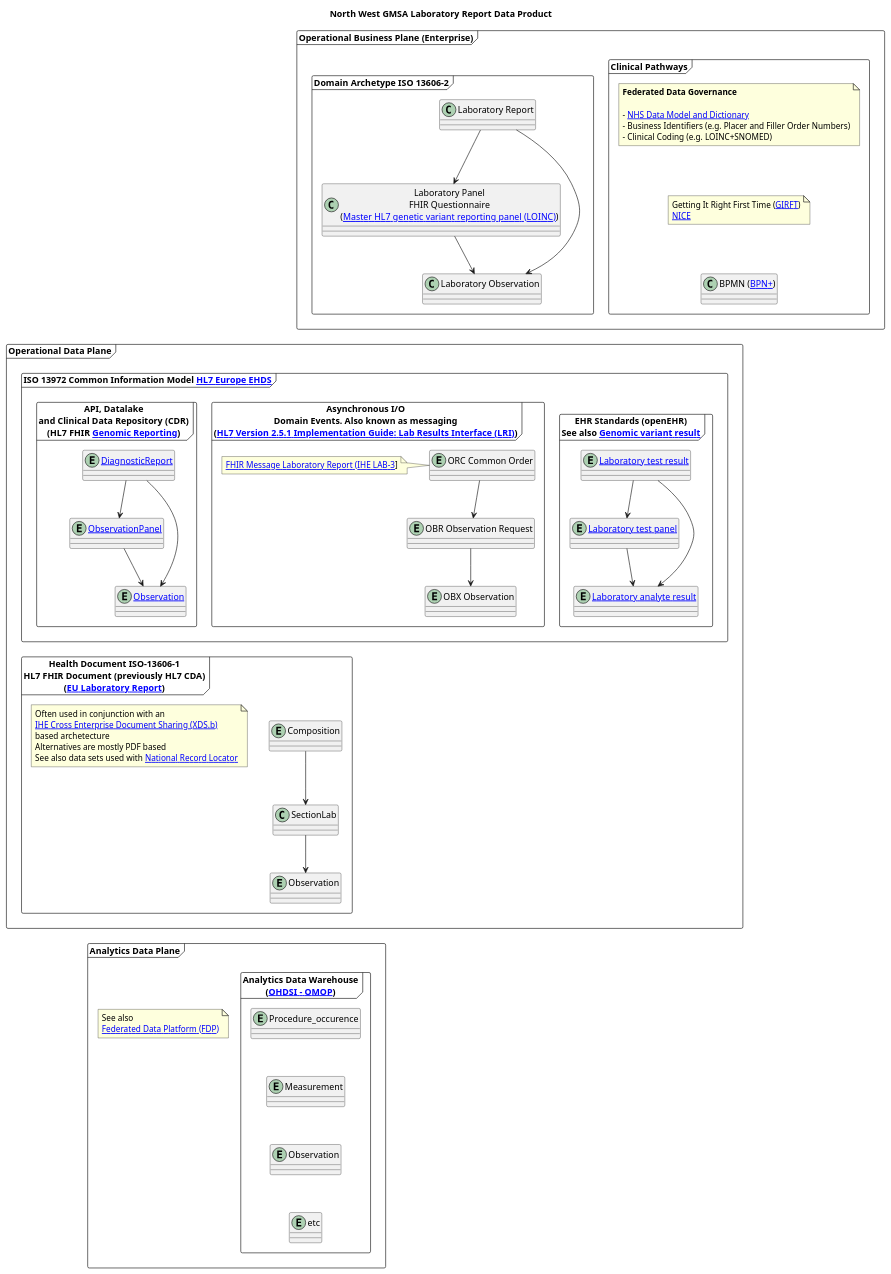
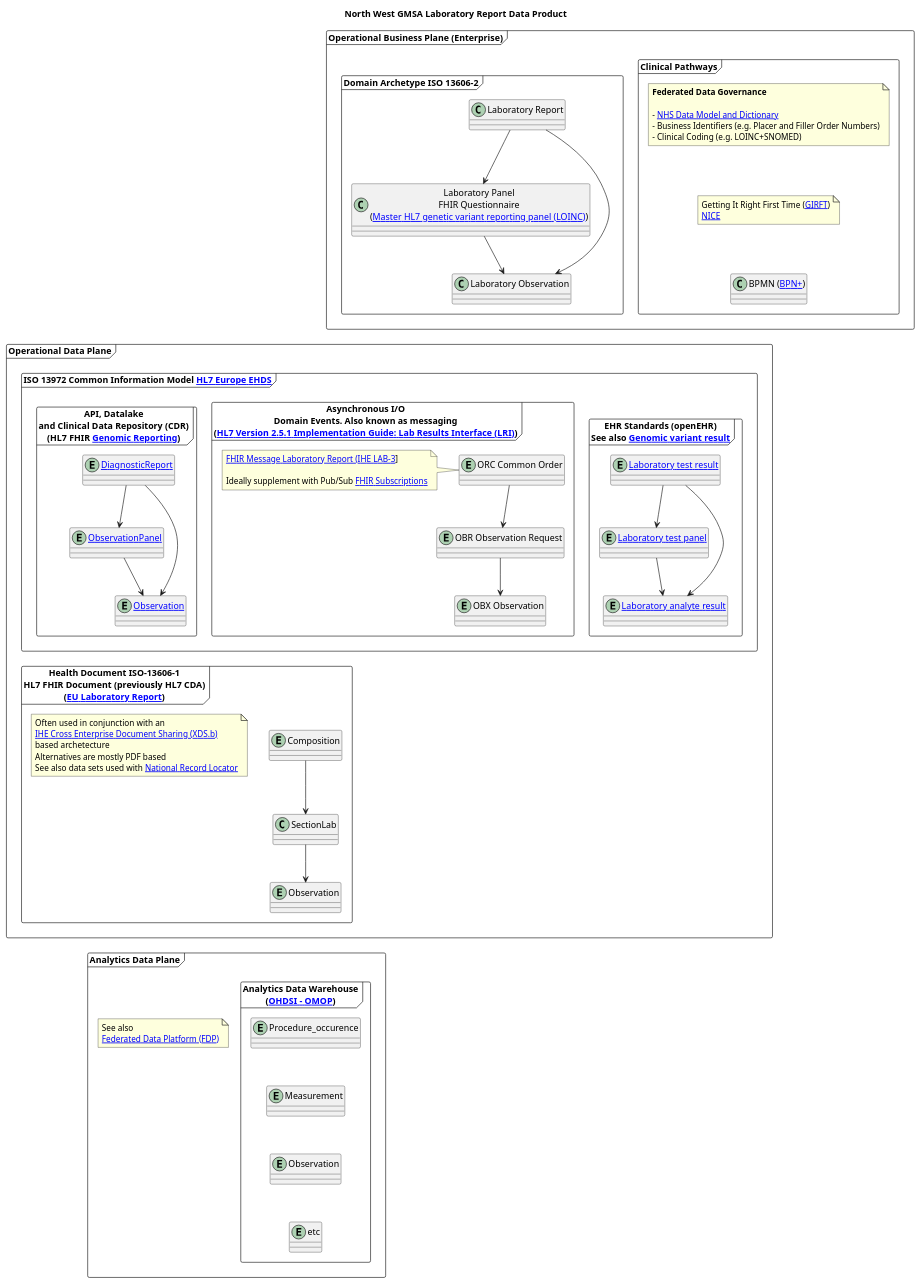
Before and after one commit to nw-gmsa/nw-gmsa.github.com: the diagram in input/images-source/LaboratoryReportDataProduct.plantuml, drawn with PlantUML.

Commit message:
First draft of LabReport Data Product

```diff
--- a/input/images-source/LaboratoryReportDataProduct.plantuml
+++ b/input/images-source/LaboratoryReportDataProduct.plantuml
@@ -1,104 +1,104 @@
 @startuml
 
 skinparam svgDimensionStyle false
 
 title "North West GMSA Laboratory Report Data Product"
 
 frame "Operational Business Plane (Enterprise)" {
 
   frame "Clinical Pathways" {
     class "BPMN ([[https://www.bpm-plus.org/ BPN+]])" as BPMN
 
     note "Getting It Right First Time ([[https://gettingitrightfirsttime.co.uk/ GIRFT]])\n[[https://www.nice.org.uk/ NICE]]" as GIRFT
 
     note "**Federated Data Governance**\n\n- [[https://www.datadictionary.nhs.uk/ NHS Data Model and Dictionary]]\n- Business Identifiers (e.g. Placer and Filler Order Numbers)\n- Clinical Coding (e.g. LOINC+SNOMED)" as Governance
 
     BPMN -u[hidden]- GIRFT
     Governance -d[hidden]- GIRFT
   }
   frame "Domain Archetype ISO 13606-2" as iso136062 {
 
     class "Laboratory Report" as LaboratoryReport {
     }
 
     class "Laboratory Panel\nFHIR Questionnaire\n([[https://nw-gmsa.github.io/R4/Questionnaire-81247-9.html Master HL7 genetic variant reporting panel (LOINC)]])" as LaboratoryPanel
 
     class "Laboratory Observation" as LaboratoryObservation
 
 
     LaboratoryReport --> LaboratoryPanel
     LaboratoryReport --> LaboratoryObservation
     LaboratoryPanel --> LaboratoryObservation
   }
 }
 frame "Operational Data Plane"  {
 frame "ISO 13972 Common Information Model [[https://hl7europe.org/standards/ehds/ HL7 Europe EHDS]]" as iso13972 {
 
   frame "EHR Standards (openEHR)\nSee also [[https://ckm.openehr.org/ckm/archetypes/1013.1.3759 Genomic variant result]]" as openEHR {
     entity "[[https://ckm.openehr.org/ckm/archetypes/1013.1.2191 Laboratory test result]]" as openEHRLaboratoryReport
     entity "[[https://ckm.openehr.org/ckm/archetypes/1013.1.2192 Laboratory test panel]]" as openEHRLaboratoryPanel
     entity "[[https://ckm.openehr.org/ckm/archetypes/1013.1.2881 Laboratory analyte result]]" as openEHRLaboratoryAnalyte
 
     openEHRLaboratoryReport --> openEHRLaboratoryPanel
     openEHRLaboratoryReport --> openEHRLaboratoryAnalyte
     openEHRLaboratoryPanel --> openEHRLaboratoryAnalyte
 
   }
 
   frame "Asynchronous I/O\nDomain Events. Also known as messaging\n([[https://confluence.hl7.org/download/attachments/25559919/2018%2004%2003%20-%20V2%20LRI%20-%20Ch.%205%20CG%20and%20Code%20System%20Tables.pdf?api=v2 HL7 Version 2.5.1 Implementation Guide: Lab Results Interface (LRI)]])" as HL7v2 {
     entity "ORC Common Order" as ORC
     entity "OBR Observation Request" as OBR
     entity "OBX Observation" as OBX
-    note "[[LAB-3.html FHIR Message Laboratory Report (IHE LAB-3]]]" as messaging
+    note "[[LAB-3.html FHIR Message Laboratory Report (IHE LAB-3]]]\n\nIdeally supplement with Pub/Sub [[https://build.fhir.org/ig/HL7/fhir-subscription-backport-ig/index.html FHIR Subscriptions]]" as messaging
 
     messaging -r[hidden]- ORC
     ORC --> OBR
     OBR --> OBX
 
   }
 
   frame "API, Datalake\nand Clinical Data Repository (CDR)\n(HL7 FHIR [[https://build.fhir.org/ig/HL7/genomics-reporting/index.html Genomic Reporting]])" as FHR {
     entity "[[DiagnosticReport]]" as DiagnosticReport
     entity "[[StructureDefinition-Observation-Panel.html ObservationPanel]]" as ObservationPanel
     entity "[[Observation]]" as Observation
 
     DiagnosticReport --> ObservationPanel
     DiagnosticReport --> Observation
     ObservationPanel --> Observation
 
   }
 
 }
 
  frame "Health Document ISO-13606-1\nHL7 FHIR Document (previously HL7 CDA)\n([[https://build.fhir.org/ig/hl7-eu/laboratory/ EU Laboratory Report]])" as iso136061 {
     entity Composition
     class SectionLab
     entity "Observation" as cdaObservation
     note "Often used in conjunction with an\n[[https://profiles.ihe.net/ITI/TF/Volume1/ch-10.html IHE Cross Enterprise Document Sharing (XDS.b)]]\nbased archetecture\nAlternatives are mostly PDF based\nSee also data sets used with [[https://digital.nhs.uk/services/national-record-locator National Record Locator]]" as XDS
 
     Composition --> SectionLab
     SectionLab --> cdaObservation
   }
 }
 
 frame "Analytics Data Plane"  {
 
 frame "Analytics Data Warehouse\n([[https://www.ohdsi.org/data-standardization/ OHDSI - OMOP]])" as Analytics {
     entity Procedure_occurence
     entity Measurement
     entity "Observation" as OMOPObservation
     entity etc
 
     Procedure_occurence -d[hidden]- Measurement
     Measurement -d[hidden]- OMOPObservation
     OMOPObservation -d[hidden]- etc
 }
  note "See also\n[[https://www.england.nhs.uk/digitaltechnology/nhs-federated-data-platform/ Federated Data Platform (FDP)]]" as FDP
 }
 
 LaboratoryObservation -d[hidden]- ORC
 Observation -d[hidden]- Composition
 cdaObservation -d[hidden]- Procedure_occurence
 
 
 @enduml
```
